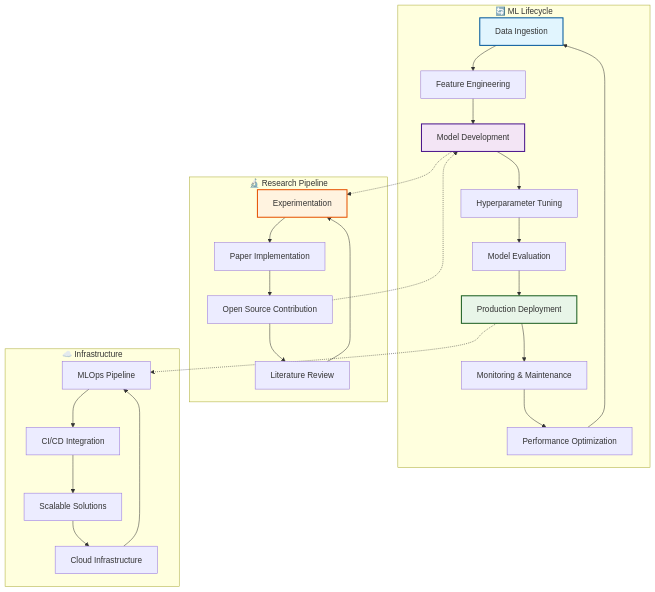
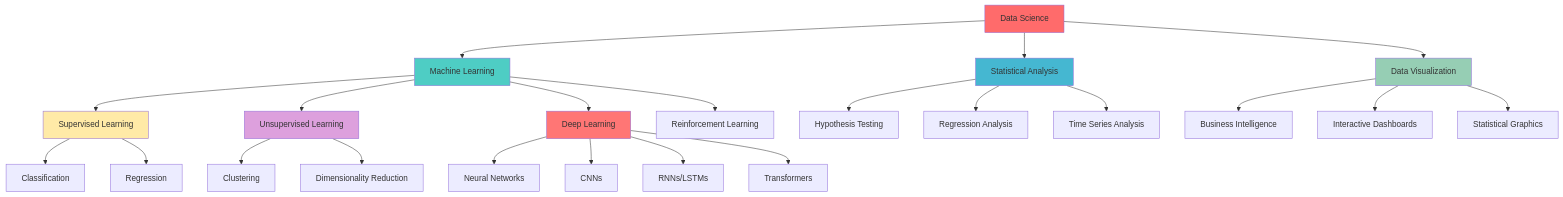
Before and after one commit to FestusMatsitsa/FestusMatsitsa: the first of 5 diagrams in README.md, drawn with Mermaid. The commit also changed other lines of this file, not shown here.

````diff
--- a/README.md
+++ b/README.md
@@ -92,36 +305,37 @@
 ```mermaid
-graph TB
-    subgraph "🔄 ML Lifecycle"
-        A[Data Ingestion] --> B[Feature Engineering]
-        B --> C[Model Development]
-        C --> D[Hyperparameter Tuning]
-        D --> E[Model Evaluation]
-        E --> F[Production Deployment]
-        F --> G[Monitoring & Maintenance]
-        G --> H[Performance Optimization]
-        H --> A
-    end
+graph TD
+    A[Data Science] --> B[Machine Learning]
+    A --> C[Statistical Analysis]
+    A --> D[Data Visualization]
     
-    subgraph "🔬 Research Pipeline"
-        I[Literature Review] --> J[Experimentation]
-        J --> K[Paper Implementation]
-        K --> L[Open Source Contribution]
-        L --> I
-    end
+    B --> E[Supervised Learning]
+    B --> F[Unsupervised Learning]
+    B --> G[Deep Learning]
+    B --> H[Reinforcement Learning]
     
-    subgraph "☁️ Infrastructure"
-        M[Cloud Infrastructure] --> N[MLOps Pipeline]
-        N --> O[CI/CD Integration]
-        O --> P[Scalable Solutions]
-        P --> M
-    end
+    C --> I[Hypothesis Testing]
+    C --> J[Regression Analysis]
+    C --> K[Time Series Analysis]
     
-    C -.-> J
-    F -.-> N
-    L -.-> C
+    D --> L[Business Intelligence]
+    D --> M[Interactive Dashboards]
+    D --> N[Statistical Graphics]
     
-    style A fill:#e1f5fe,stroke:#01579b,stroke-width:2px
-    style C fill:#f3e5f5,stroke:#4a148c,stroke-width:2px
-    style F fill:#e8f5e8,stroke:#1b5e20,stroke-width:2px
-    style J fill:#fff3e0,stroke:#e65100,stroke-width:2px
+    E --> O[Classification]
+    E --> P[Regression]
+    F --> Q[Clustering]
+    F --> R[Dimensionality Reduction]
+    
+    G --> S[Neural Networks]
+    G --> T[CNNs]
+    G --> U[RNNs/LSTMs]
+    G --> V[Transformers]
+    
+    style A fill:#ff6b6b
+    style B fill:#4ecdc4
+    style C fill:#45b7d1
+    style D fill:#96ceb4
+    style E fill:#ffeaa7
+    style F fill:#dda0dd
+    style G fill:#ff7675
 ```
````
